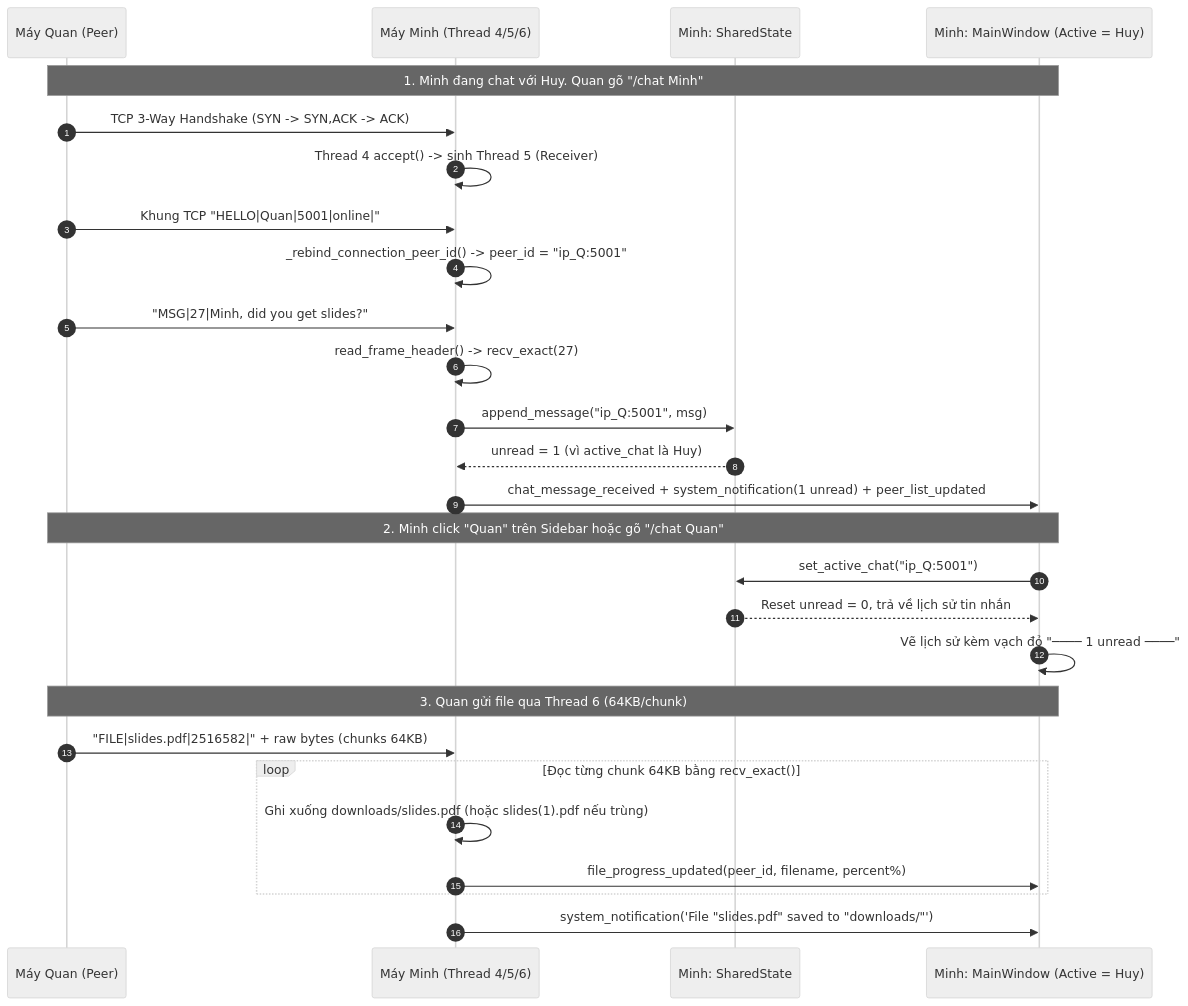
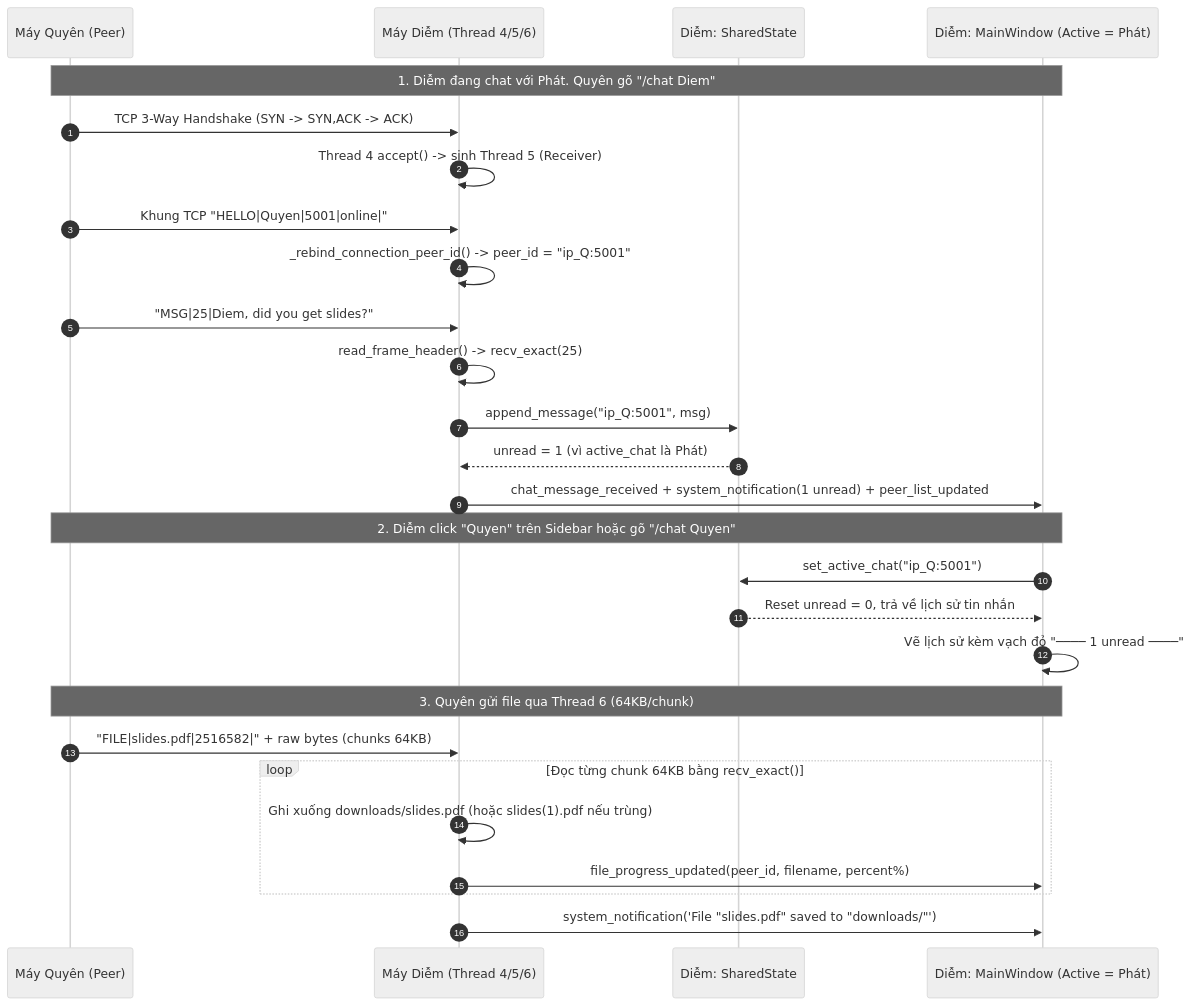
The third of 4 diagrams in report.md (vvienee/Socket_LanChatFileSharing), drawn with Mermaid (neutral theme) before and after one commit. The commit also changed other lines of this file and 1 other file, not shown here.

````diff
--- a/report.md
+++ b/report.md
@@ -332,33 +332,33 @@
 ```mermaid
 sequenceDiagram
     autonumber
-    participant Q as Máy Quan (Peer)
-    participant M_TCP as Máy Minh (Thread 4/5/6)
-    participant M_SS as Minh: SharedState
-    participant M_UI as Minh: MainWindow (Active = Huy)
+    participant Q as Máy Quyên (Peer)
+    participant D_TCP as Máy Diễm (Thread 4/5/6)
+    participant D_SS as Diễm: SharedState
+    participant D_UI as Diễm: MainWindow (Active = Phát)
 
-    Note over Q,M_UI: 1. Minh đang chat với Huy. Quan gõ "/chat Minh"
-    Q->>M_TCP: TCP 3-Way Handshake (SYN -> SYN,ACK -> ACK)
-    M_TCP->>M_TCP: Thread 4 accept() -> sinh Thread 5 (Receiver)
-    Q->>M_TCP: Khung TCP "HELLO|Quan|5001|online|"
-    M_TCP->>M_TCP: _rebind_connection_peer_id() -> peer_id = "ip_Q:5001"
+    Note over Q,D_UI: 1. Diễm đang chat với Phát. Quyên gõ "/chat Diem"
+    Q->>D_TCP: TCP 3-Way Handshake (SYN -> SYN,ACK -> ACK)
+    D_TCP->>D_TCP: Thread 4 accept() -> sinh Thread 5 (Receiver)
+    Q->>D_TCP: Khung TCP "HELLO|Quyen|5001|online|"
+    D_TCP->>D_TCP: _rebind_connection_peer_id() -> peer_id = "ip_Q:5001"
 
-    Q->>M_TCP: "MSG|27|Minh, did you get slides?"
-    M_TCP->>M_TCP: read_frame_header() -> recv_exact(27)
-    M_TCP->>M_SS: append_message("ip_Q:5001", msg)
-    M_SS-->>M_TCP: unread = 1 (vì active_chat là Huy)
-    M_TCP->>M_UI: chat_message_received + system_notification(1 unread) + peer_list_updated
+    Q->>D_TCP: "MSG|25|Diem, did you get slides?"
+    D_TCP->>D_TCP: read_frame_header() -> recv_exact(25)
+    D_TCP->>D_SS: append_message("ip_Q:5001", msg)
+    D_SS-->>D_TCP: unread = 1 (vì active_chat là Phát)
+    D_TCP->>D_UI: chat_message_received + system_notification(1 unread) + peer_list_updated
 
-    Note over Q,M_UI: 2. Minh click "Quan" trên Sidebar hoặc gõ "/chat Quan"
-    M_UI->>M_SS: set_active_chat("ip_Q:5001")
-    M_SS-->>M_UI: Reset unread = 0, trả về lịch sử tin nhắn
-    M_UI->>M_UI: Vẽ lịch sử kèm vạch đỏ "──── 1 unread ────"
+    Note over Q,D_UI: 2. Diễm click "Quyen" trên Sidebar hoặc gõ "/chat Quyen"
+    D_UI->>D_SS: set_active_chat("ip_Q:5001")
+    D_SS-->>D_UI: Reset unread = 0, trả về lịch sử tin nhắn
+    D_UI->>D_UI: Vẽ lịch sử kèm vạch đỏ "──── 1 unread ────"
 
-    Note over Q,M_UI: 3. Quan gửi file qua Thread 6 (64KB/chunk)
-    Q->>M_TCP: "FILE|slides.pdf|2516582|" + raw bytes (chunks 64KB)
+    Note over Q,D_UI: 3. Quyên gửi file qua Thread 6 (64KB/chunk)
+    Q->>D_TCP: "FILE|slides.pdf|2516582|" + raw bytes (chunks 64KB)
     loop Đọc từng chunk 64KB bằng recv_exact()
-        M_TCP->>M_TCP: Ghi xuống downloads/slides.pdf (hoặc slides(1).pdf nếu trùng)
-        M_TCP->>M_UI: file_progress_updated(peer_id, filename, percent%)
+        D_TCP->>D_TCP: Ghi xuống downloads/slides.pdf (hoặc slides(1).pdf nếu trùng)
+        D_TCP->>D_UI: file_progress_updated(peer_id, filename, percent%)
     end
-    M_TCP->>M_UI: system_notification('File "slides.pdf" saved to "downloads/"')
+    D_TCP->>D_UI: system_notification('File "slides.pdf" saved to "downloads/"')
 ```
````
